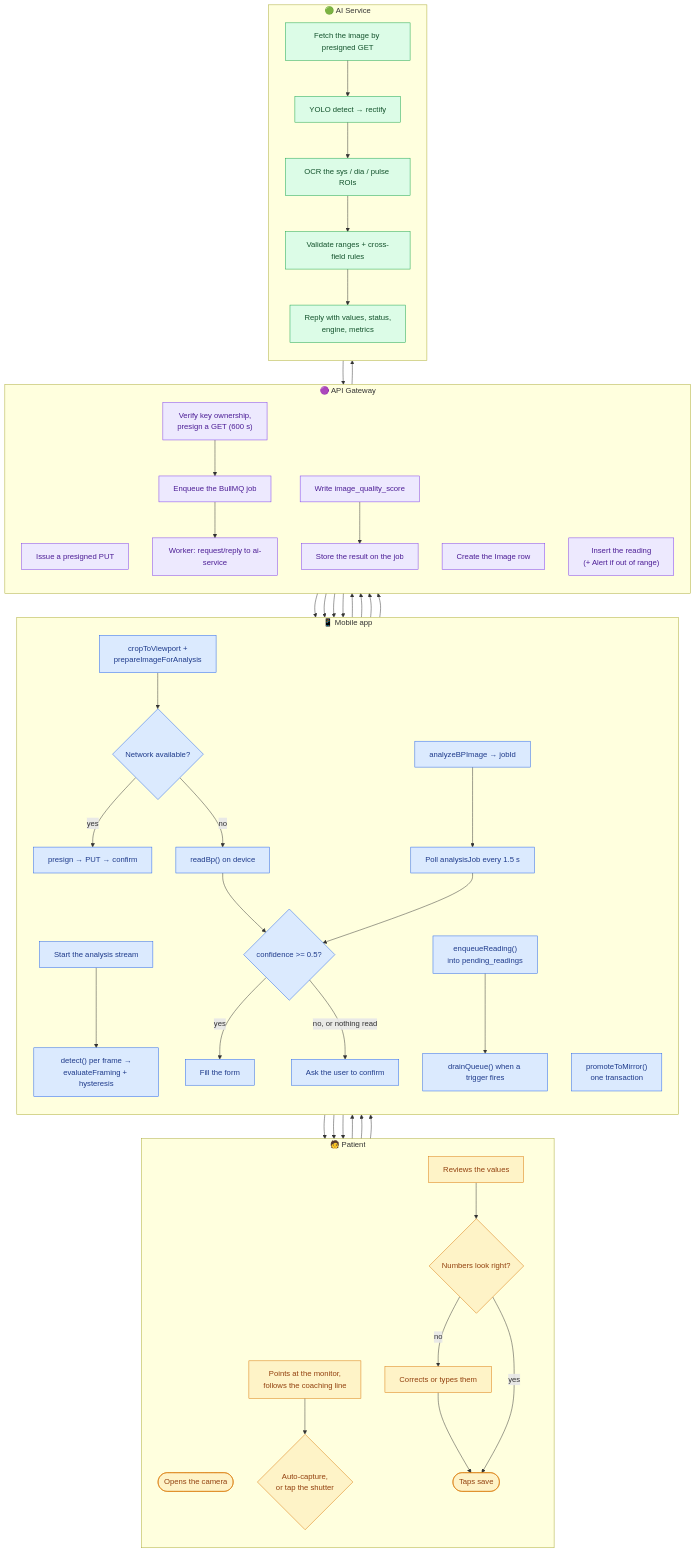
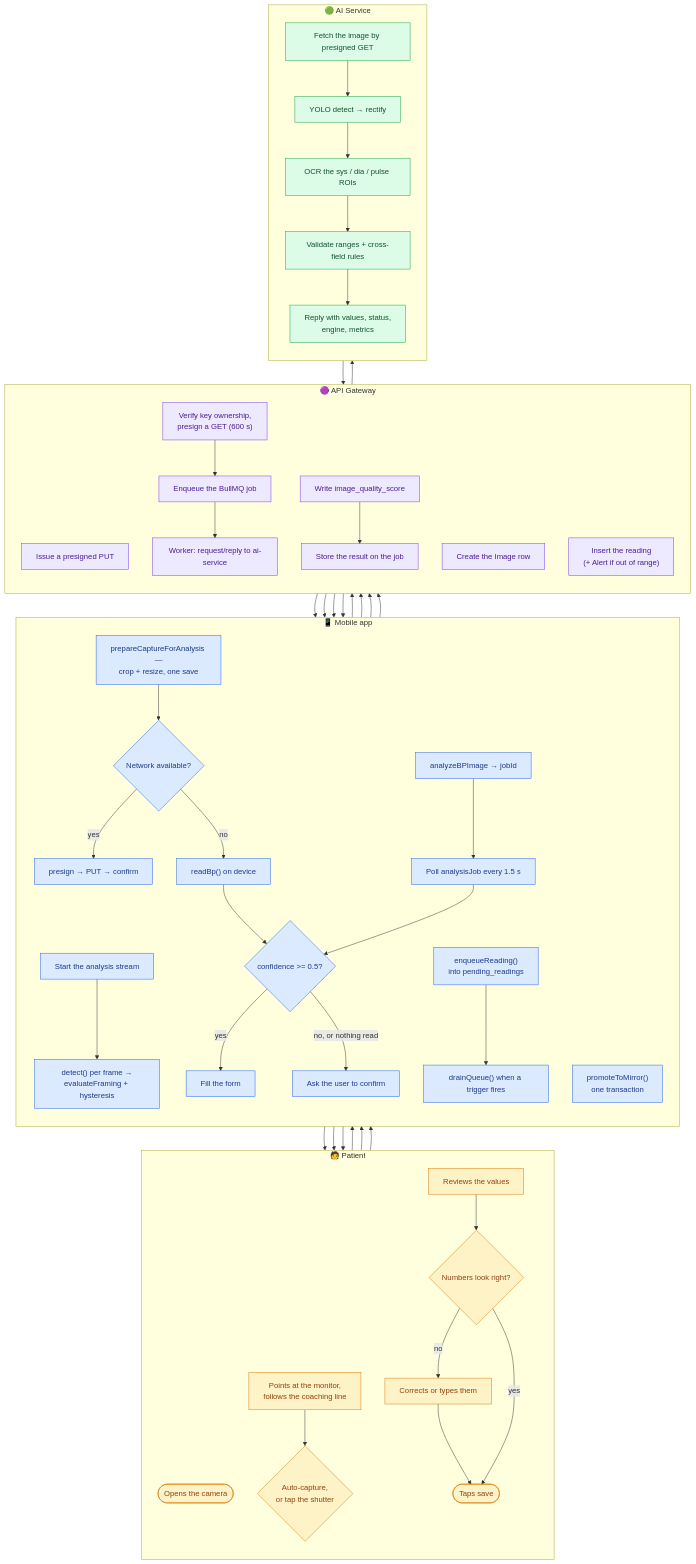
The diagram in docs/architecture/activity-capture.md (vanTHkrab/BP-Monitor-Application), drawn with Mermaid before and after one commit. The commit also changed other lines of this file and 21 other files, not shown here.

````diff
--- a/docs/architecture/activity-capture.md
+++ b/docs/architecture/activity-capture.md
@@ -19,81 +19,81 @@
 ```mermaid
 flowchart TB
     subgraph L1["🧑 Patient"]
         direction TB
         A1(["Opens the camera"])
         A2["Points at the monitor,<br/>follows the coaching line"]
         A3{"Auto-capture,<br/>or tap the shutter"}
         A4["Reviews the values"]
         A5{"Numbers look right?"}
         A6["Corrects or types them"]
         A7(["Taps save"])
     end
 
     subgraph L2["📱 Mobile app"]
         direction TB
         B1["Start the analysis stream"]
         B2["detect() per frame →<br/>evaluateFraming + hysteresis"]
-        B3["cropToViewport +<br/>prepareImageForAnalysis"]
+        B3["prepareCaptureForAnalysis —<br/>crop + resize, one save"]
         B4{"Network available?"}
         B5["presign → PUT → confirm"]
         B6["analyzeBPImage → jobId"]
         B7["Poll analysisJob every 1.5 s"]
         B8["readBp() on device"]
         B9{"confidence >= 0.5?"}
         B10["Fill the form"]
         B11["Ask the user to confirm"]
         B12["enqueueReading()<br/>into pending_readings"]
         B13["drainQueue() when a trigger fires"]
         B14["promoteToMirror()<br/>one transaction"]
     end
 
     subgraph L3["🟣 API Gateway"]
         direction TB
         C1["Issue a presigned PUT"]
         C2["Create the Image row"]
         C3["Verify key ownership,<br/>presign a GET (600 s)"]
         C4["Enqueue the BullMQ job"]
         C5["Worker: request/reply to ai-service"]
         C6["Write image_quality_score"]
         C7["Store the result on the job"]
         C8["Insert the reading<br/>(+ Alert if out of range)"]
     end
 
     subgraph L4["🟢 AI Service"]
         direction TB
         D1["Fetch the image by presigned GET"]
         D2["YOLO detect → rectify"]
         D3["OCR the sys / dia / pulse ROIs"]
         D4["Validate ranges + cross-field rules"]
         D5["Reply with values, status,<br/>engine, metrics"]
     end
 
     A1 --> B1 --> B2 --> A2 --> A3
     A3 --> B3
     B3 --> B4
     B4 -- "yes" --> B5 --> C1
     C1 --> B5
     B5 --> C2 --> B6 --> C3 --> C4 --> C5
     C5 --> D1 --> D2 --> D3 --> D4 --> D5
     D5 --> C6 --> C7
     B6 --> B7
     C7 --> B7
     B4 -- "no" --> B8
     B7 --> B9
     B8 --> B9
     B9 -- "yes" --> B10 --> A4
     B9 -- "no, or nothing read" --> B11 --> A4
     A4 --> A5
     A5 -- "no" --> A6 --> A7
     A5 -- "yes" --> A7
     A7 --> B12 --> B13 --> C8 --> B14
 
     classDef user fill:#fef3c7,stroke:#d97706,color:#92400e
     classDef app fill:#dbeafe,stroke:#2563eb,color:#1e3a8a
     classDef gw fill:#ede9fe,stroke:#7c3aed,color:#4c1d95
     classDef ai fill:#dcfce7,stroke:#16a34a,color:#14532d
     class A1,A2,A3,A4,A5,A6,A7 user
     class B1,B2,B3,B4,B5,B6,B7,B8,B9,B10,B11,B12,B13,B14 app
     class C1,C2,C3,C4,C5,C6,C7,C8 gw
     class D1,D2,D3,D4,D5 ai
 ```
````
